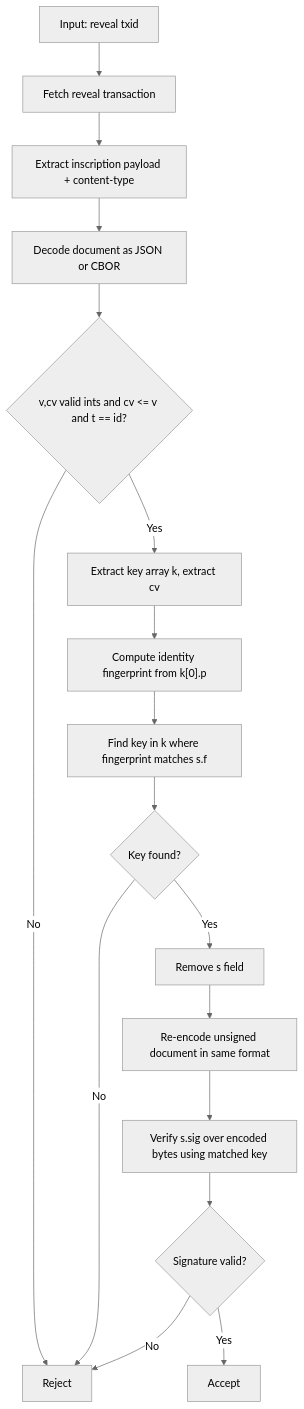
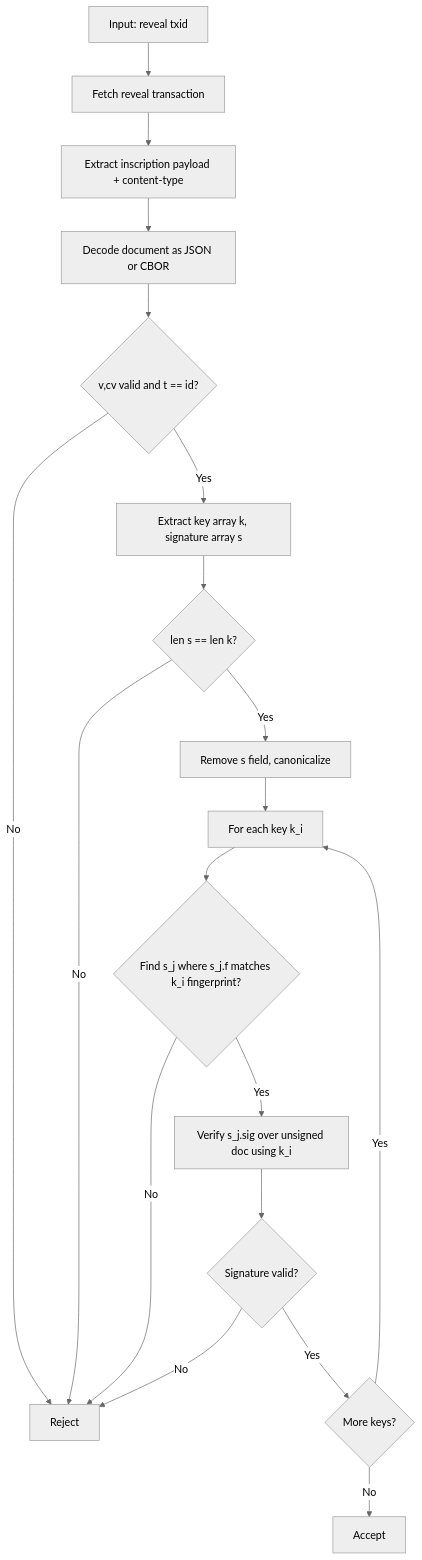
One commit to ShrikeBot/agent-trust-protocol changed the diagram in aip-01.md. Above: the diagram before and after it, drawn with Mermaid (neutral theme). The commit also changed other lines of this file, not shown here.

First line of the commit message:
AIP-01: multi-sig requirement, content-addressed document IDs

````diff
--- a/aip-01.md
+++ b/aip-01.md
@@ -557,19 +623,21 @@
 ```mermaid
 flowchart TD
     A[Input: reveal txid] --> B[Fetch reveal transaction]
     B --> C[Extract inscription payload + content-type]
     C --> D[Decode document as JSON or CBOR]
-    D --> E{v,cv valid ints and cv <= v and t == id?}
+    D --> E{v,cv valid and t == id?}
     E -- No --> X[Reject]
-    E -- Yes --> F["Extract key array k, extract cv"]
-    F --> G["Compute identity fingerprint from k[0].p"]
-    G --> H[Find key in k where fingerprint matches s.f]
-    H --> I{Key found?}
-    I -- No --> X
-    I -- Yes --> J[Remove s field]
-    J --> K[Re-encode unsigned document in same format]
-    K --> L[Verify s.sig over encoded bytes using matched key]
-    L --> M{Signature valid?}
-    M -- No --> X
-    M -- Yes --> N[Accept]
+    E -- Yes --> F["Extract key array k, signature array s"]
+    F --> G{len s == len k?}
+    G -- No --> X
+    G -- Yes --> H[Remove s field, canonicalize]
+    H --> I[For each key k_i]
+    I --> J{Find s_j where s_j.f matches k_i fingerprint?}
+    J -- No --> X
+    J -- Yes --> K[Verify s_j.sig over unsigned doc using k_i]
+    K --> L{Signature valid?}
+    L -- No --> X
+    L -- Yes --> M{More keys?}
+    M -- Yes --> I
+    M -- No --> N[Accept]
 ```
````
